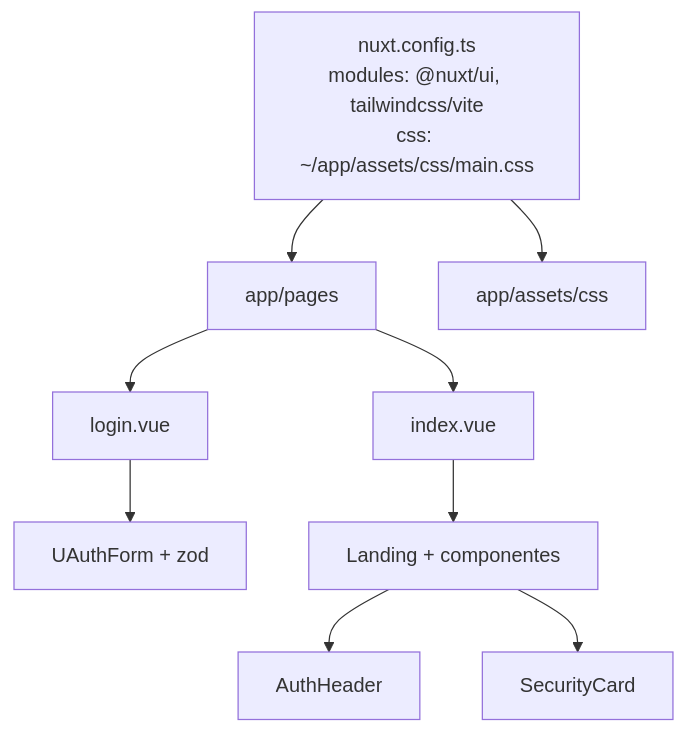
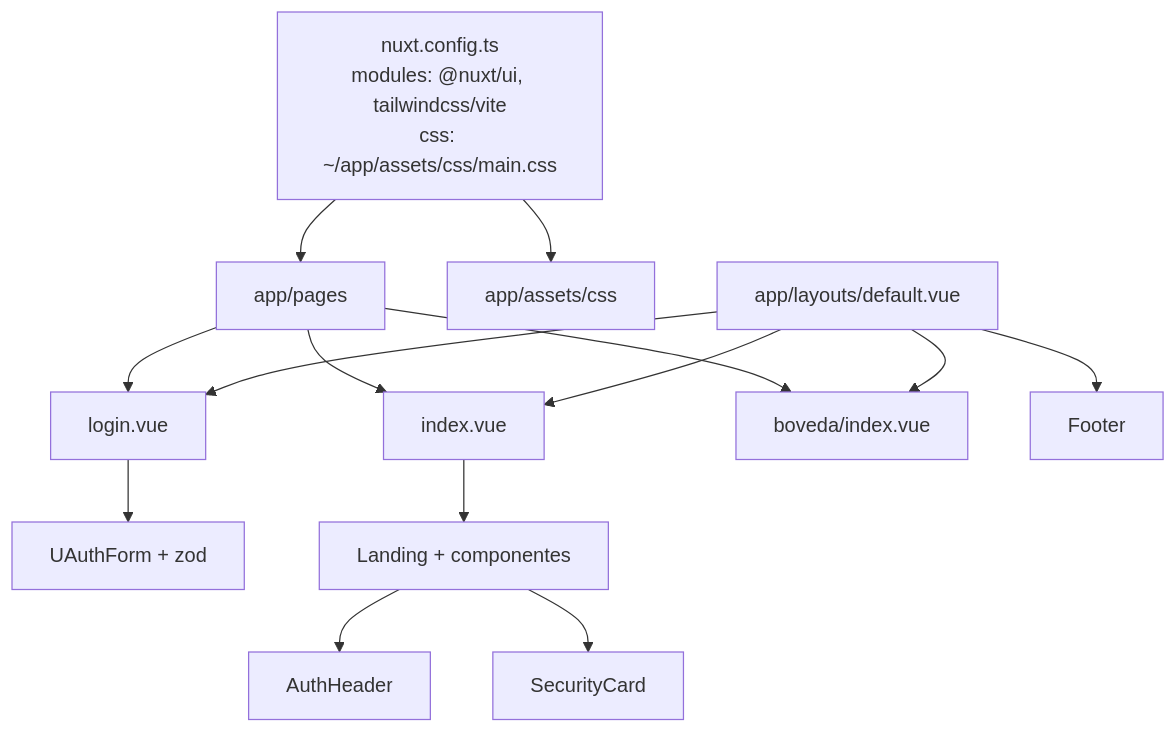
Before and after one commit to Giankrp/Alcatraz: the diagram in README.md, drawn with Mermaid. The commit also changed other lines of this file and 4 other files, not shown here.

````diff
--- a/README.md
+++ b/README.md
@@ -201,12 +205,17 @@
 ```mermaid
 flowchart TD
   A["nuxt.config.ts<br>modules: @nuxt/ui, tailwindcss/vite<br>css: ~/app/assets/css/main.css"] --> B[app/pages]
   A --> C[app/assets/css]
   B --> D[index.vue]
   B --> E[login.vue]
+  B --> V[boveda/index.vue]
+  L[app/layouts/default.vue] --> D
+  L --> E
+  L --> V
   E --> F[UAuthForm + zod]
   D --> G[Landing + componentes]
   G --> H[AuthHeader]
   G --> I[SecurityCard]
+  L --> J[Footer]
 
 ```
````
